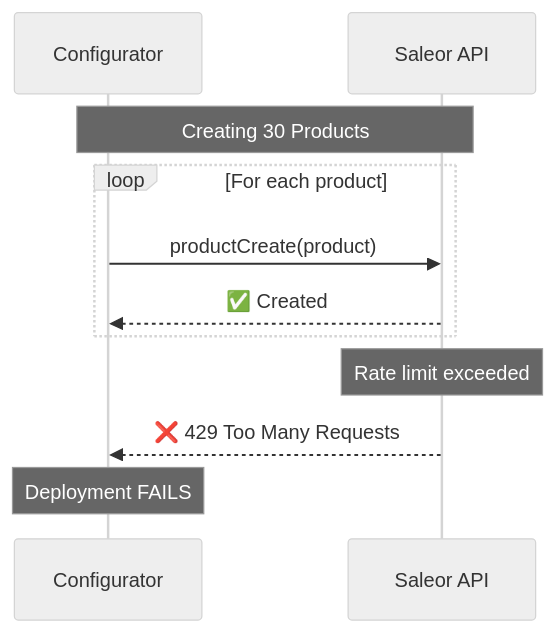
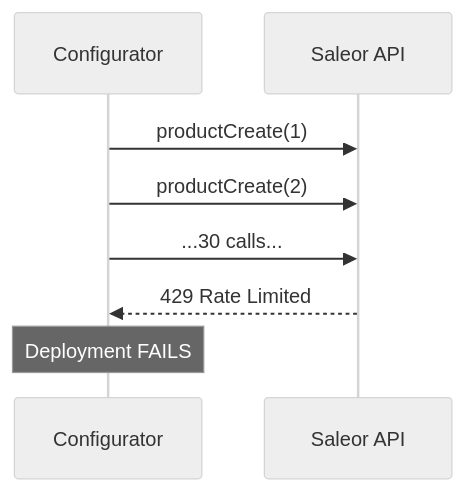
One commit to saleor/configurator changed the first of 2 diagrams in docs/adr/001-bulk-mutations-optimization.md. Above: the diagram before and after it, drawn with Mermaid (neutral theme). The commit also changed other lines of this file, not shown here.

````diff
--- a/docs/adr/001-bulk-mutations-optimization.md
+++ b/docs/adr/001-bulk-mutations-optimization.md
@@ -136,16 +125,11 @@
 ```mermaid
 sequenceDiagram
     participant App as Configurator
     participant API as Saleor API
 
-    Note over App,API: Creating 30 Products
-
-    loop For each product
-        App->>API: productCreate(product)
-        API-->>App: ✅ Created
-    end
-
-    Note over API: Rate limit exceeded
-    API-->>App: ❌ 429 Too Many Requests
+    App->>API: productCreate(1)
+    App->>API: productCreate(2)
+    App->>API: ...30 calls...
+    API-->>App: 429 Rate Limited
     Note over App: Deployment FAILS
 ```
````
